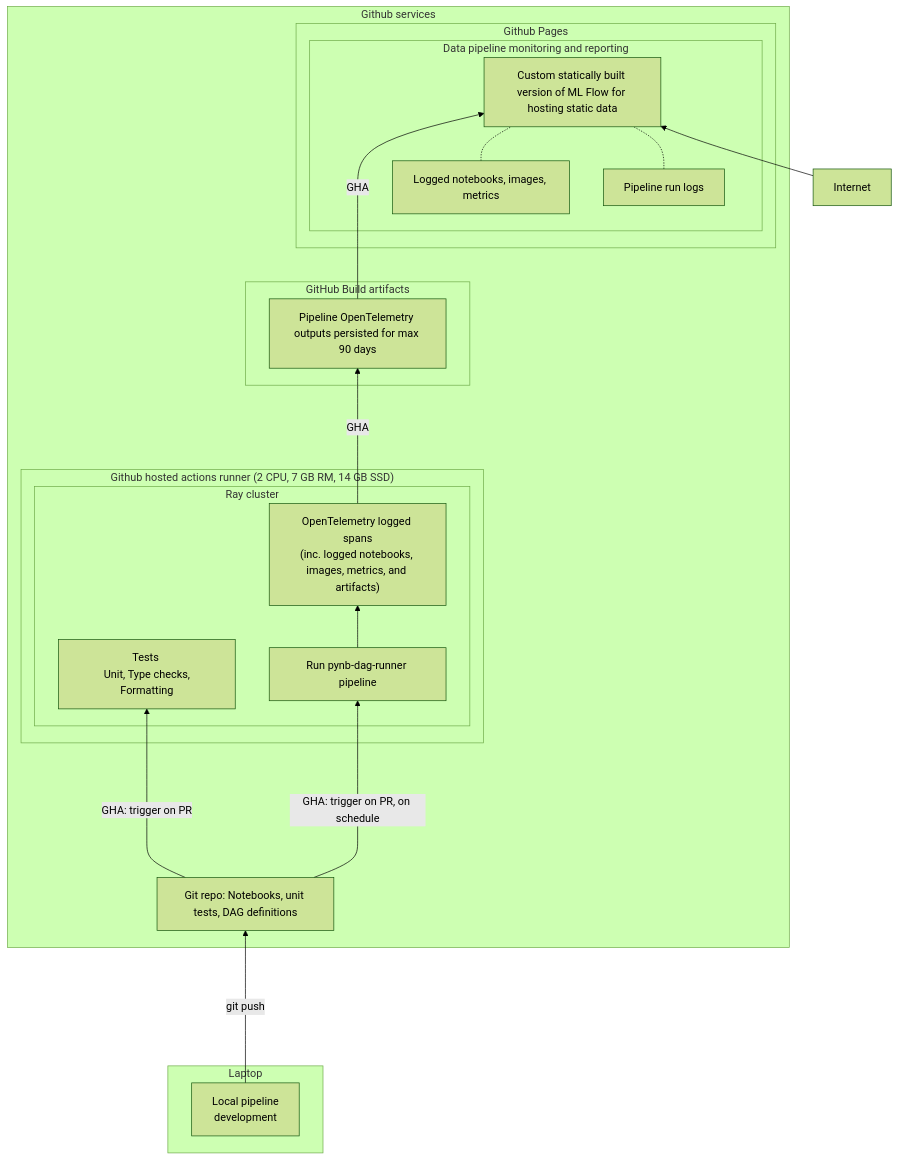
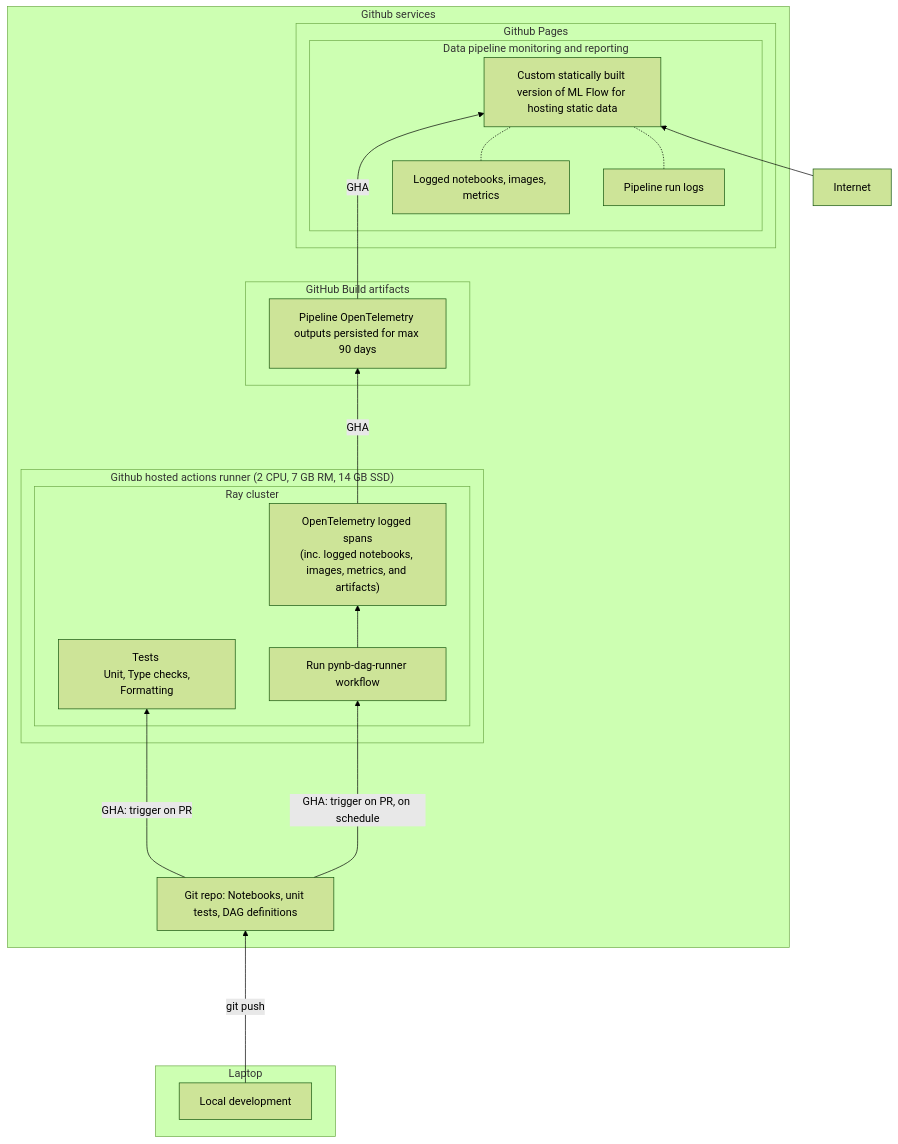
The second of 2 diagrams in docs/docs/live-demos/mnist-digits-demo-pipeline/index.md (composable-logs/composable-logs), drawn with Mermaid (forest theme) before and after one commit. The commit also changed other lines of this file and 7 other files, not shown here.

Commit message:
Update docs website: review 1/2023 + start terminology update `pipeline` -> `workflow`  (#217)

````diff
--- a/docs/docs/live-demos/mnist-digits-demo-pipeline/index.md
+++ b/docs/docs/live-demos/mnist-digits-demo-pipeline/index.md
@@ -78,43 +78,43 @@
 ``` mermaid
 graph BT;
 
 subgraph "Laptop"
-    laptop[Local pipeline <br> development]
+    laptop[Local development]
 end
 
 subgraph "Github services"
        git_repo[Git repo: Notebooks, unit tests, DAG definitions]
 
        subgraph "Github hosted actions runner (2 CPU, 7 GB RM, 14 GB SSD)"
           subgraph "Ray cluster"
             tests[Tests <br> Unit, Type checks, Formatting]
-            run_pipeline["Run pynb-dag-runner pipeline"]
+            run_pipeline["Run pynb-dag-runner workflow"]
             otel_logs["OpenTelemetry logged spans<br>(inc. logged notebooks, images, metrics, and artifacts)"]
           end
        end
 
        subgraph "GitHub Build artifacts"
           build_artifacts[Pipeline OpenTelemetry outputs persisted for max 90 days]
        end
 
        subgraph "Github Pages"
           subgraph "Data pipeline monitoring and reporting"
              web_static_mlflow[Custom statically built version of ML Flow for hosting static data]
              web_static_mlflow_data[Logged notebooks, images, metrics]
              web_static_mlflow_logs[Pipeline run logs]
           end
     end
 end
 
 laptop ---->|git push| git_repo
 git_repo ---->|GHA: trigger on PR | tests
 git_repo ---->|GHA: trigger on PR, on schedule | run_pipeline
 run_pipeline --> otel_logs
 otel_logs ---> |GHA| build_artifacts
 
 build_artifacts --->|GHA| web_static_mlflow
 
 web_static_mlflow_data -.- web_static_mlflow
 web_static_mlflow_logs -.- web_static_mlflow
 Internet --> web_static_mlflow
 ```
````
